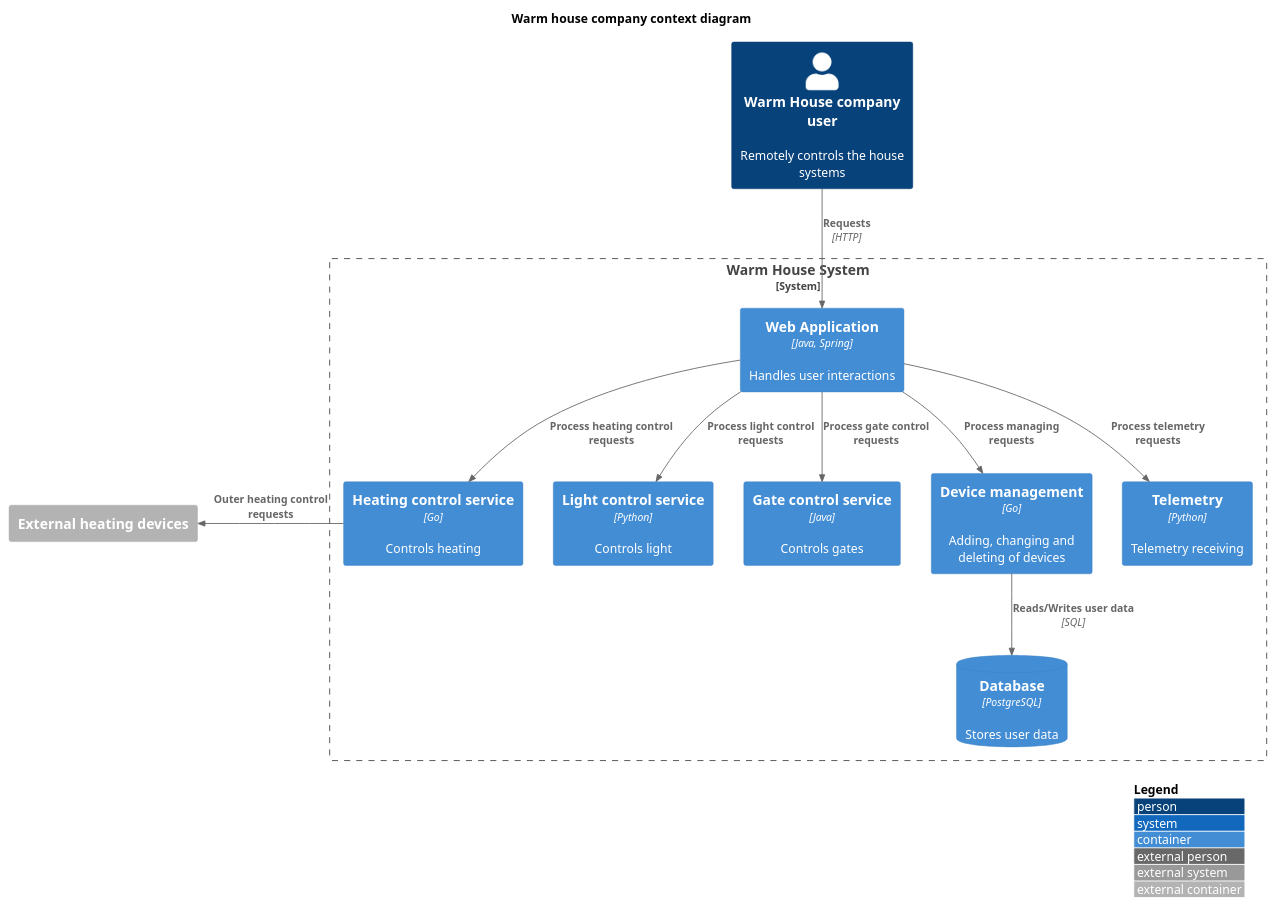
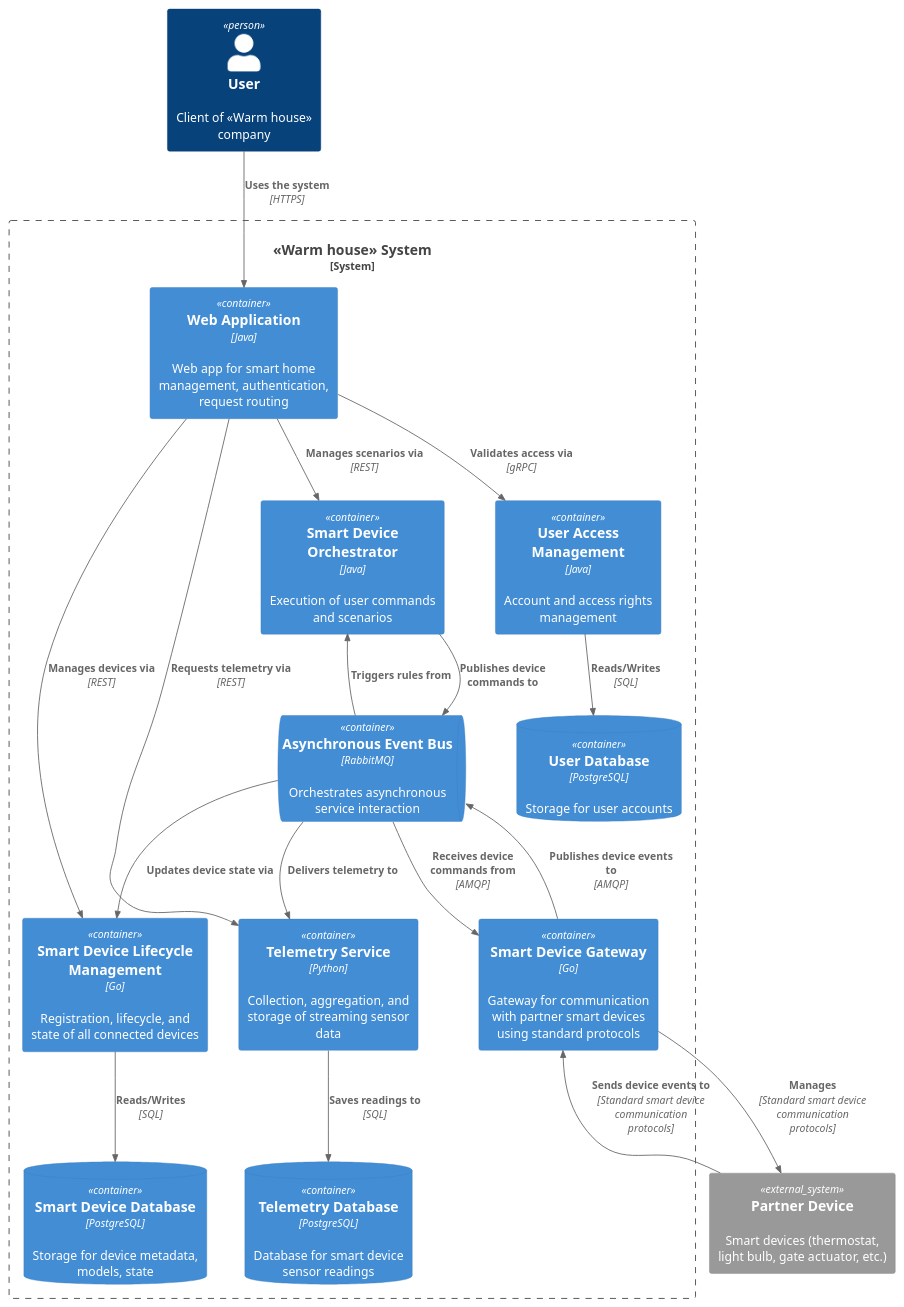
One commit to winmord/architecture-pro-warmhouse changed the diagram in diagrams/container/container.plantuml. Above: the diagram before and after it, drawn with PlantUML. The commit also changed 16 other files, not shown here.

Commit message:
feature: add container, component and code diagrams

```diff
--- a/diagrams/container/container.plantuml
+++ b/diagrams/container/container.plantuml
@@ -1,36 +1,44 @@
 @startuml
-!include ../C4_Context.puml
 !include ../C4_Container.puml
 
-LAYOUT_WITH_LEGEND()
+Person(user, "User", "Client of «Warm house» company")
+System_Boundary(platform, "«Warm house» System") {
+    Container(web_app, "Web Application", "Java", "Web app for smart home management, authentication, request routing")
+    Container(device_service, "Smart Device Lifecycle Management", "Go", "Registration, lifecycle, and state of all connected devices")
+    Container(telemetry_service, "Telemetry Service", "Python", "Collection, aggregation, and storage of streaming sensor data")
+    Container(orchestrator_service, "Smart Device Orchestrator", "Java", "Execution of user commands and scenarios")
+    Container(user_service, "User Access Management", "Java", "Account and access rights management")
+    Container(device_gateway, "Smart Device Gateway", "Go", "Gateway for communication with partner smart devices using standard protocols")
 
-title Warm house company context diagram
+    ContainerQueue(message_broker, "Asynchronous Event Bus", "RabbitMQ", "Orchestrates asynchronous service interaction")
 
-Person(user, "Warm House company user", "Remotely controls the house systems")
+    ContainerDb(device_db, "Smart Device Database", "PostgreSQL", "Storage for device metadata, models, state")
+    ContainerDb(telemetry_db, "Telemetry Database", "PostgreSQL", "Database for smart device sensor readings")
+    ContainerDb(user_db, "User Database", "PostgreSQL", "Storage for user accounts")
 
-System_Boundary(c0, "Warm House System") {
-    Container(web_app, "Web Application", "Java, Spring", "Handles user interactions")
-    Container(heating_control_service, "Heating control service", "Go", "Controls heating")
-    Container(light_control_service, "Light control service", "Python", "Controls light")
-    Container(gate_control_service, "Gate control service", "Java", "Controls gates")
-    Container(device_management_service, "Device management", "Go", "Adding, changing and deleting of devices")
-    Container(telemetry_service, "Telemetry", "Python", "Telemetry receiving")
-    ContainerDb(database, "Database", "PostgreSQL", "Stores user data")
-
-'    System(warmhouse_system, "Warm House System", "Allows users to remotely control the heating in the house and check the temperature.")
-'    System_Ext(warmhouse_device, "Temperature sensors", "Temperature monitoring devices")
 }
 
-Container_Ext(heating_devices, "External heating devices")
+System_Ext(partner_device, "Partner Device", "Smart devices (thermostat, light bulb, gate actuator, etc.)")
 
-Rel_Down(user, web_app, "Requests", "HTTP")
-Rel_Down(web_app, heating_control_service, "Process heating control requests")
-Rel_Down(web_app, light_control_service, "Process light control requests")
-Rel_Down(web_app, gate_control_service, "Process gate control requests")
-Rel_Down(web_app, device_management_service, "Process managing requests")
-Rel_Down(web_app, telemetry_service, "Process telemetry requests")
-Rel_Left(heating_control_service, heating_devices, "Outer heating control requests")
-Rel_Down(device_management_service, database, "Reads/Writes user data", "SQL")
-'Rel_Neighbor(warmhouse_system, warmhouse_device, "Requests", "HTTP")
+Rel(user, web_app, "Uses the system", "HTTPS")
+
+Rel(web_app, user_service, "Validates access via", "gRPC")
+Rel(web_app, device_service, "Manages devices via", "REST")
+Rel(web_app, telemetry_service, "Requests telemetry via", "REST")
+Rel(web_app, orchestrator_service, "Manages scenarios via", "REST")
+
+Rel(device_gateway, message_broker, "Publishes device events to", "AMQP")
+Rel(message_broker, device_gateway, "Receives device commands from", "AMQP")
+Rel(message_broker, telemetry_service, "Delivers telemetry to", "")
+Rel(message_broker, orchestrator_service, "Triggers rules from", "")
+Rel(orchestrator_service, message_broker, "Publishes device commands to", "")
+Rel(message_broker, device_service, "Updates device state via", "")
+
+Rel(device_service, device_db, "Reads/Writes", "SQL")
+Rel(telemetry_service, telemetry_db, "Saves readings to", "SQL")
+Rel(user_service, user_db, "Reads/Writes", "SQL")
+
+Rel(device_gateway, partner_device, "Manages", "Standard smart device communication protocols")
+Rel(partner_device, device_gateway, "Sends device events to", "Standard smart device communication protocols")
 
 @enduml
```
